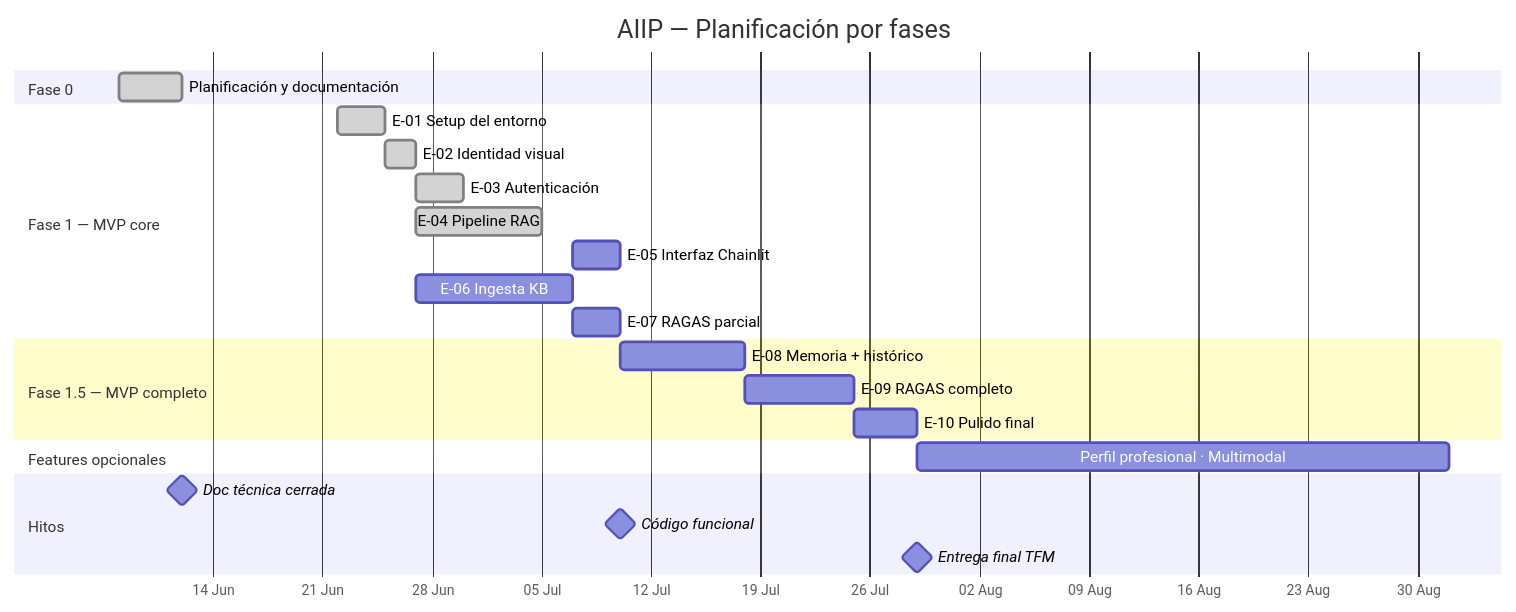
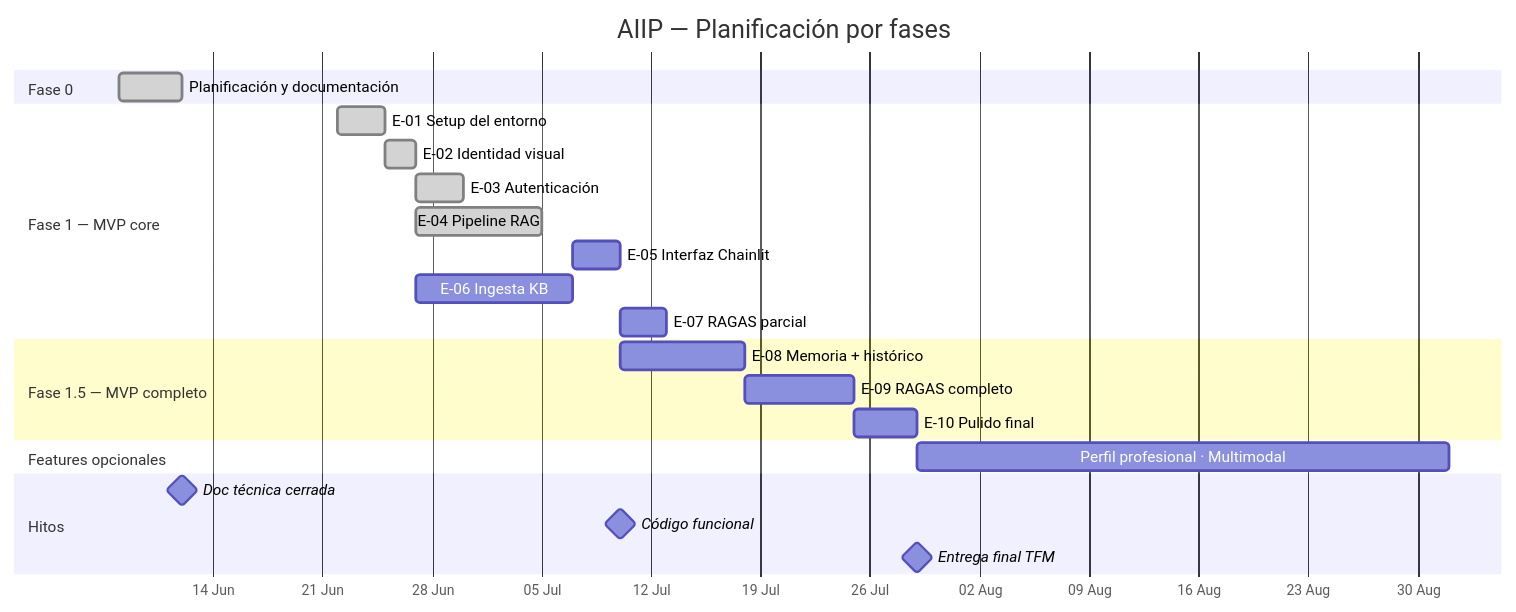
The diagram in README.md (mimpho/aiip), drawn with Mermaid before and after one commit. The commit also changed 5 other files, not shown here.

````diff
--- a/README.md
+++ b/README.md
@@ -60,31 +60,31 @@
 ```mermaid
 gantt
     title AIIP — Planificación por fases
     dateFormat  YYYY-MM-DD
     axisFormat  %d %b
 
     section Fase 0
     Planificación y documentación     :done,    f0, 2026-06-08, 2026-06-12
 
     section Fase 1 — MVP core
     E-01 Setup del entorno            :done,    e01, 2026-06-22, 2026-06-25
     E-02 Identidad visual             :done,    e02, 2026-06-25, 2026-06-27
     E-03 Autenticación                :done,    e03, 2026-06-27, 2026-06-30
     E-04 Pipeline RAG                 :done,    e04, 2026-06-27, 2026-07-05
     E-05 Interfaz Chainlit            :         e05, 2026-07-07, 2026-07-10
     E-06 Ingesta KB                   :         e06, 2026-06-27, 2026-07-07
-    E-07 RAGAS parcial                :         e07, 2026-07-07, 2026-07-10
+    E-07 RAGAS parcial                :         e07, 2026-07-10, 2026-07-13
 
     section Fase 1.5 — MVP completo
     E-08 Memoria + histórico          :         e08, 2026-07-10, 2026-07-18
     E-09 RAGAS completo               :         e09, 2026-07-18, 2026-07-25
     E-10 Pulido final                 :         e10, 2026-07-25, 2026-07-29
 
     section Features opcionales
     Perfil profesional · Multimodal   :         fo, 2026-07-29, 2026-09-01
 
     section Hitos
     Doc técnica cerrada               :milestone, 2026-06-12, 0d
     Código funcional                  :milestone, 2026-07-10, 0d
     Entrega final TFM                 :milestone, 2026-07-29, 0d
 ```
````
